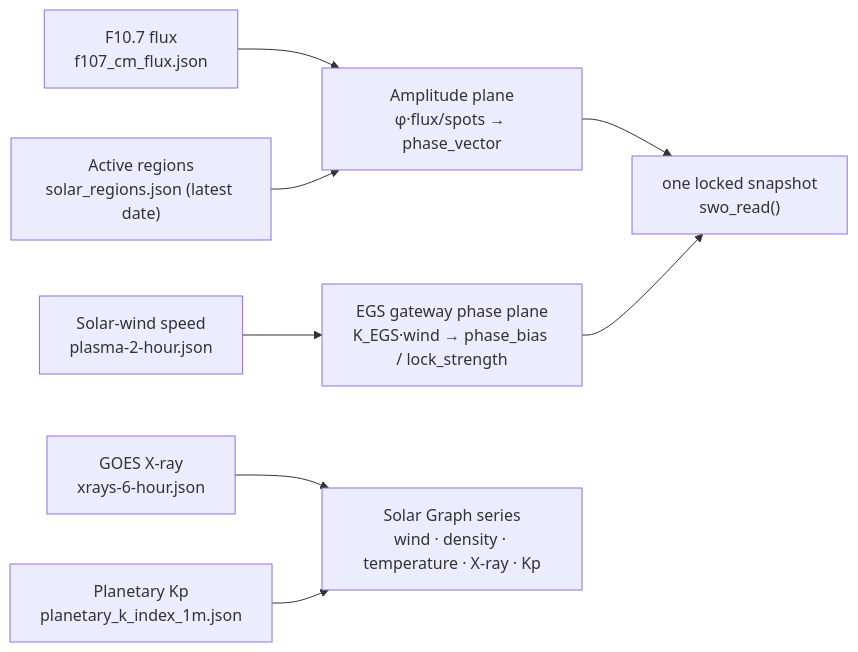
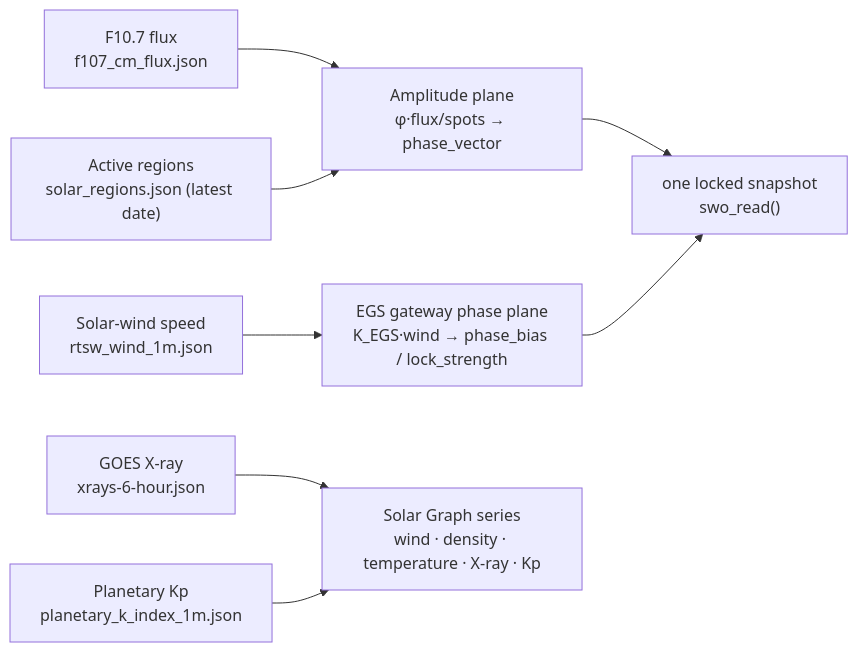
Before and after one commit to docxology/SynthOBS: the first of 2 diagrams in docs/telemetry.md, drawn with Mermaid. The commit also changed other lines of this file and 90 other files, not shown here.

````diff
--- a/docs/telemetry.md
+++ b/docs/telemetry.md
@@ -9,13 +9,13 @@
 ```mermaid
 flowchart LR
     F107["F10.7 flux<br/>f107_cm_flux.json"] --> AMP
     SPOT["Active regions<br/>solar_regions.json (latest date)"] --> AMP
-    WIND["Solar-wind speed<br/>plasma-2-hour.json"] --> PHASE
+    WIND["Solar-wind speed<br/>rtsw_wind_1m.json"] --> PHASE
     XRAY["GOES X-ray<br/>xrays-6-hour.json"] --> GRAPH
     KP["Planetary Kp<br/>planetary_k_index_1m.json"] --> GRAPH
     AMP["Amplitude plane<br/>φ·flux/spots → phase_vector"]
     PHASE["EGS gateway phase plane<br/>K_EGS·wind → phase_bias / lock_strength"]
     GRAPH["Solar Graph series<br/>wind · density · temperature · X-ray · Kp"]
     AMP --> OUT["one locked snapshot<br/>swo_read()"]
     PHASE --> OUT
 ```
````
